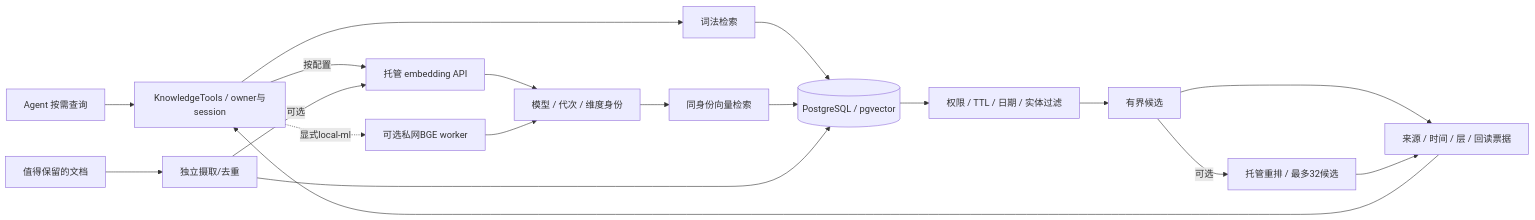
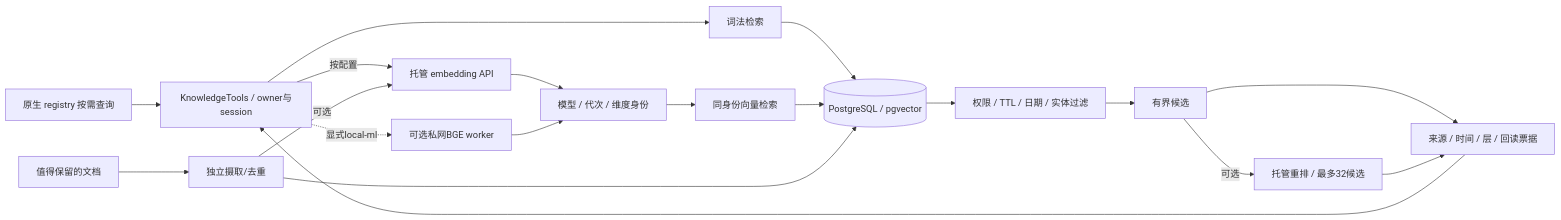
Before and after one commit to kkkano/FinSight: the first of 2 diagrams in docs/05_RAG_ARCHITECTURE.md, drawn with Mermaid. The commit also changed other lines of this file and 62 other files, not shown here.

Commit message:
refresh architecture contracts and verified documentation diagrams

```diff
--- a/docs/05_RAG_ARCHITECTURE.md
+++ b/docs/05_RAG_ARCHITECTURE.md
@@ -15,21 +15,21 @@
 ~~~mermaid
 flowchart LR
-    QUERY[Agent 按需查询] --> TOOLS[KnowledgeTools / owner与session]
+    QUERY[原生 registry 按需查询] --> TOOLS[KnowledgeTools / owner与session]
     TOOLS --> LEX[词法检索]
     TOOLS -->|按配置| API[托管 embedding API]
     API --> ID[模型 / 代次 / 维度身份]
     ID --> DENSE[同身份向量检索]
     LEX --> PG[(PostgreSQL / pgvector)]
     DENSE --> PG
     DOC[值得保留的文档] --> INGEST[独立摄取/去重]
     INGEST --> PG
     INGEST -->|可选| API
     PG --> FILTER[权限 / TTL / 日期 / 实体过滤]
     FILTER --> CAND[有界候选]
     CAND -->|可选| RERANK[托管重排 / 最多32候选]
     CAND --> HIT[来源 / 时间 / 层 / 回读票据]
     RERANK --> HIT
     HIT --> TOOLS
     TOOLS -. 显式local-ml .-> LOCAL[可选私网BGE worker]
     LOCAL --> ID
 ~~~
```
